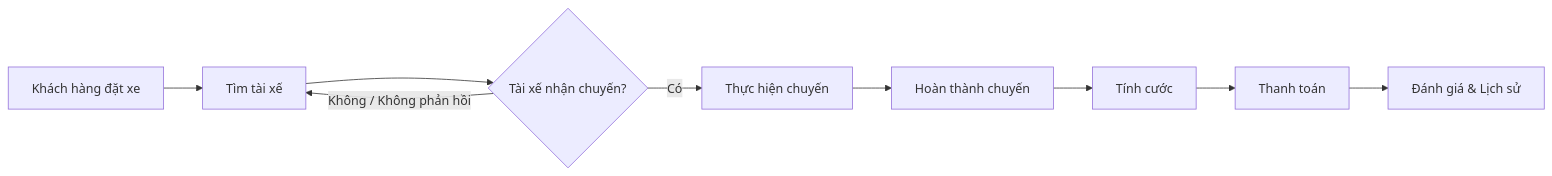
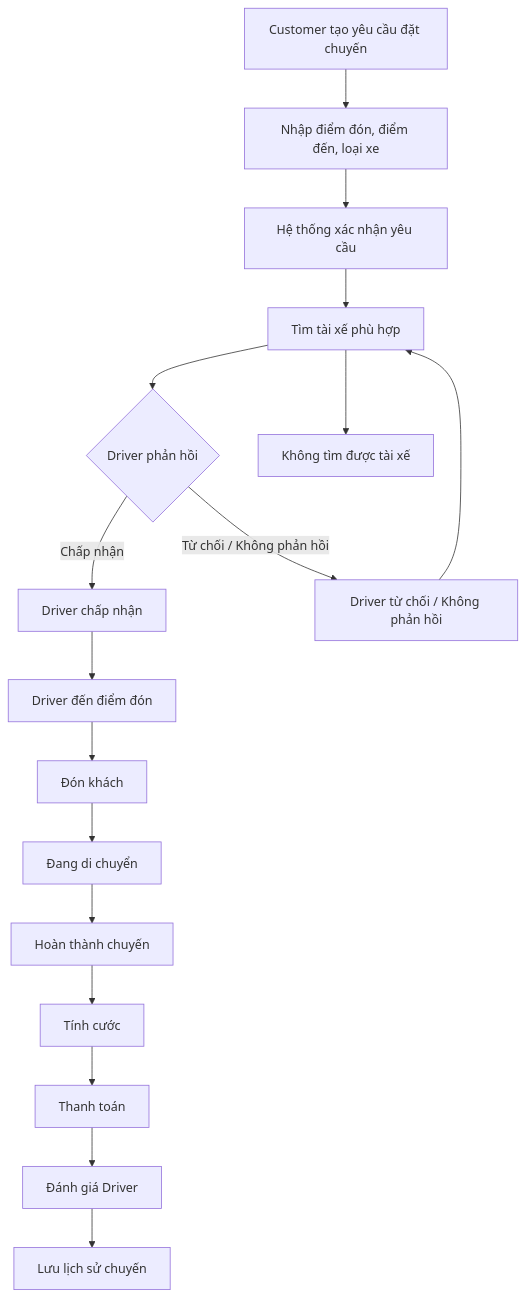
The second of 5 diagrams in SRS.md (kanztran2605/23646731_TranQuocKhang_Cabsystem), drawn with Mermaid before and after one commit. The commit also changed other lines of this file, not shown here.

````diff
--- a/SRS.md
+++ b/SRS.md
@@ -141,11 +446,38 @@
 ```mermaid
-flowchart LR
-    A["Khách hàng đặt xe"] --> B["Tìm tài xế"]
-    B --> C{"Tài xế nhận chuyến?"}
-    C -->|Có| D["Thực hiện chuyến"]
-    C -->|Không / Không phản hồi| B
-    D --> E["Hoàn thành chuyến"]
-    E --> F["Tính cước"]
-    F --> G["Thanh toán"]
-    G --> H["Đánh giá & Lịch sử"]
+flowchart TD
+    A[Customer tạo yêu cầu đặt chuyến]
+    B[Nhập điểm đón, điểm đến, loại xe]
+    C[Hệ thống xác nhận yêu cầu]
+    D[Tìm tài xế phù hợp]
+    E{Driver phản hồi}
+    F[Driver chấp nhận]
+    G[Driver từ chối / Không phản hồi]
+    H[Không tìm được tài xế]
+    I[Driver đến điểm đón]
+    J[Đón khách]
+    K[Đang di chuyển]
+    L[Hoàn thành chuyến]
+    M[Tính cước]
+    N[Thanh toán]
+    O[Đánh giá Driver]
+    P[Lưu lịch sử chuyến]
+
+    A --> B
+    B --> C
+    C --> D
+    D --> E
+
+    E -->|Chấp nhận| F
+    E -->|Từ chối / Không phản hồi| G
+    G --> D
+    D --> H
+
+    F --> I
+    I --> J
+    J --> K
+    K --> L
+    L --> M
+    M --> N
+    N --> O
+    O --> P
 ```
````
